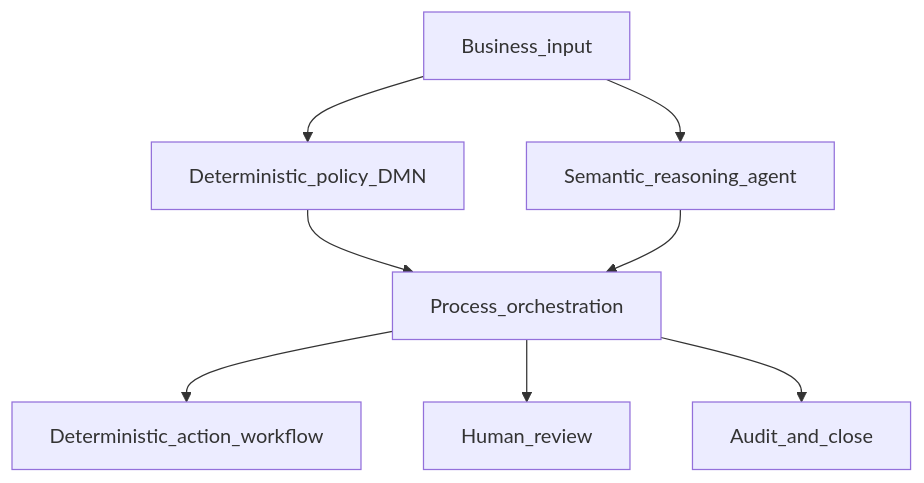
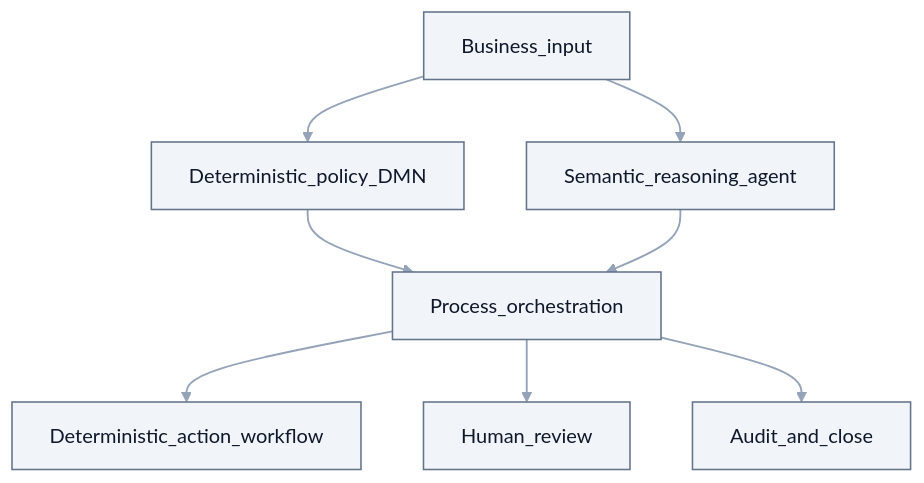
Before and after one commit to DanielaRosenn/uiplan-agent-of-agents: the sixth of 8 diagrams in templates/uiplan/_spec-template.md, drawn with Mermaid. The commit also changed other lines of this file and 12 other files, not shown here.

````diff
--- a/templates/uiplan/_spec-template.md
+++ b/templates/uiplan/_spec-template.md
@@ -235,10 +388,13 @@
 ```mermaid
 flowchart TD
   Input[Business_input] --> Policy[Deterministic_policy_DMN]
   Input --> Reason[Semantic_reasoning_agent]
   Policy --> Route[Process_orchestration]
   Reason --> Route
   Route --> Action[Deterministic_action_workflow]
   Route --> Review[Human_review]
   Route --> Close[Audit_and_close]
+  classDef node fill:#F1F5F9,stroke:#64748B,color:#0F172A,stroke-width:1.25px
+  class Input,Policy,Reason,Route,Action,Review,Close node
+  linkStyle default stroke:#94A3B8,stroke-width:1.5px
 ```
````
